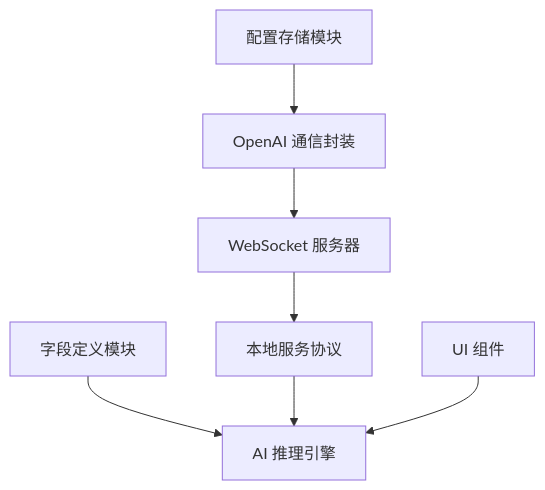
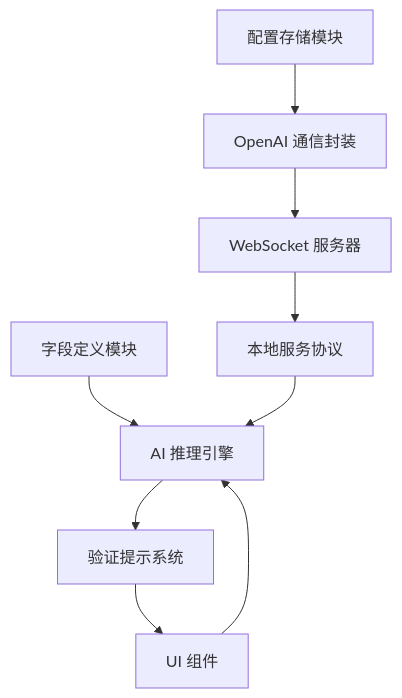
The ninth of 9 diagrams in .qoder/repowiki/zh/content/AI辅助功能/推理预测系统.md (kqcoxn/MaaPipelineEditor), drawn with Mermaid before and after one commit. The commit also changed other lines of this file and 19 other files, not shown here.

````diff
--- a/.qoder/repowiki/zh/content/AI辅助功能/推理预测系统.md
+++ b/.qoder/repowiki/zh/content/AI辅助功能/推理预测系统.md
@@ -342,9 +407,11 @@
 ```mermaid
 graph TB
 Fields["字段定义模块"] --> Predictor["AI 推理引擎"]
 Config["配置存储模块"] --> OpenAI["OpenAI 通信封装"]
 MFW["本地服务协议"] --> Predictor
 UI["UI 组件"] --> Predictor
 OpenAI --> WS["WebSocket 服务器"]
 WS --> MFW
+Predictor --> Validation["验证提示系统"]
+Validation --> UI
 ```
````
